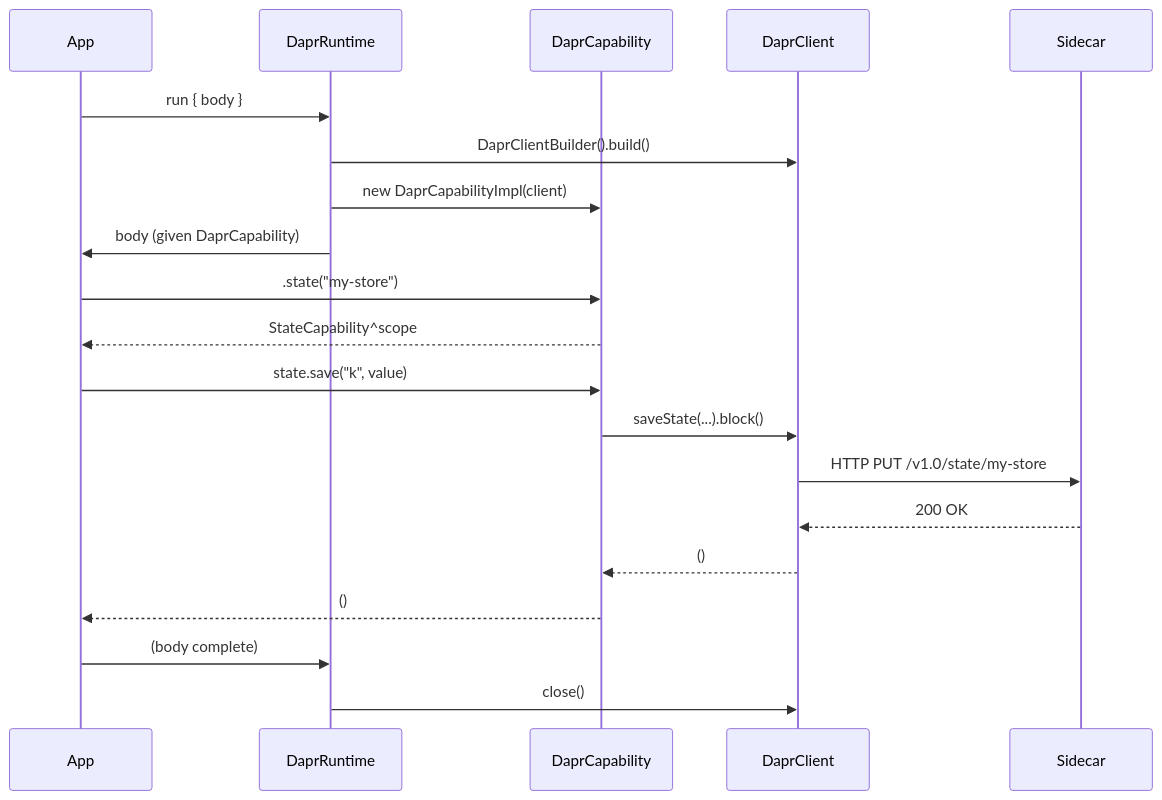
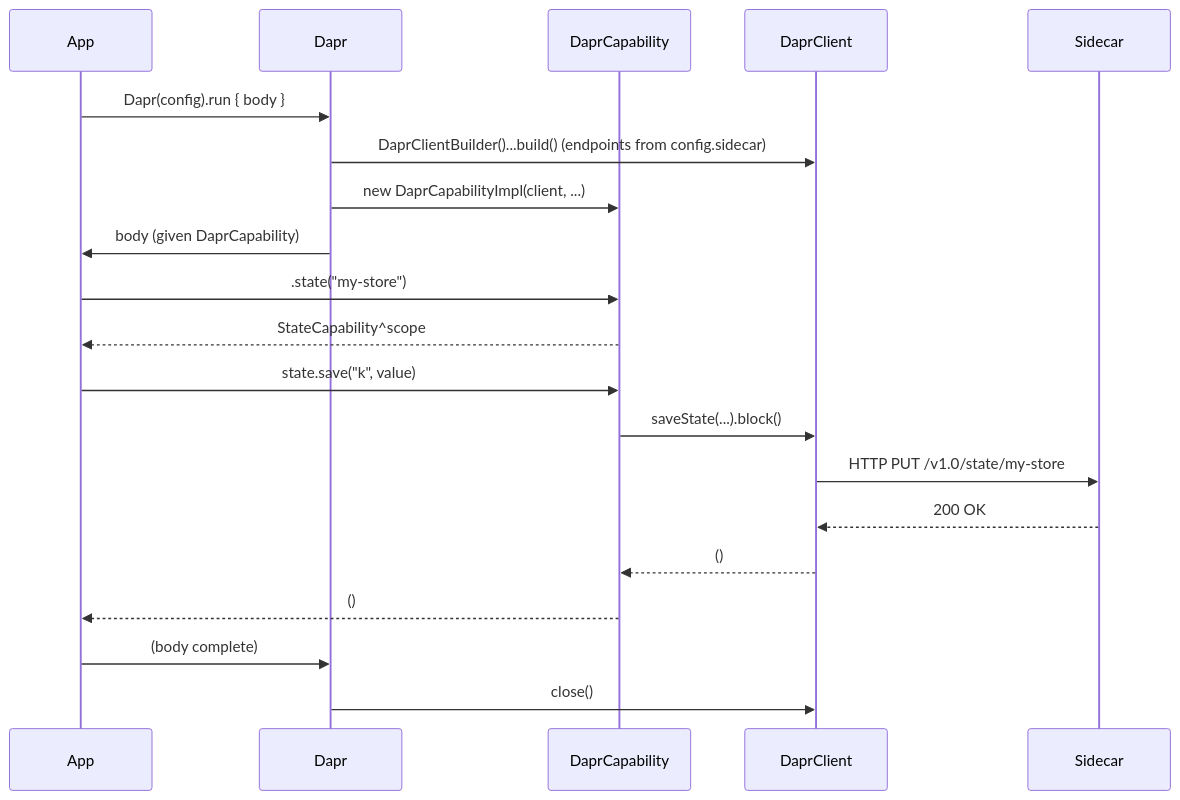
One commit to sideeffffect/dapr4s changed the fifth of 6 diagrams in DESIGN.md. Above: the diagram before and after it, drawn with Mermaid. The commit also changed other lines of this file and 1 other file, not shown here.

````diff
--- a/DESIGN.md
+++ b/DESIGN.md
@@ -403,23 +411,23 @@
 ```mermaid
 sequenceDiagram
     participant App
-    participant DaprRuntime
+    participant Dapr
     participant DaprCapability
     participant DaprClient
     participant Sidecar
 
-    App->>DaprRuntime: run { body }
-    DaprRuntime->>DaprClient: DaprClientBuilder().build()
-    DaprRuntime->>DaprCapability: new DaprCapabilityImpl(client)
-    DaprRuntime->>App: body (given DaprCapability)
+    App->>Dapr: Dapr(config).run { body }
+    Dapr->>DaprClient: DaprClientBuilder()...build()  (endpoints from config.sidecar)
+    Dapr->>DaprCapability: new DaprCapabilityImpl(client, ...)
+    Dapr->>App: body (given DaprCapability)
     App->>DaprCapability: .state("my-store")
     DaprCapability-->>App: StateCapability^scope
     App->>DaprCapability: state.save("k", value)
     DaprCapability->>DaprClient: saveState(...).block()
     DaprClient->>Sidecar: HTTP PUT /v1.0/state/my-store
     Sidecar-->>DaprClient: 200 OK
     DaprClient-->>DaprCapability: ()
     DaprCapability-->>App: ()
-    App->>DaprRuntime: (body complete)
-    DaprRuntime->>DaprClient: close()
+    App->>Dapr: (body complete)
+    Dapr->>DaprClient: close()
 ```
````
